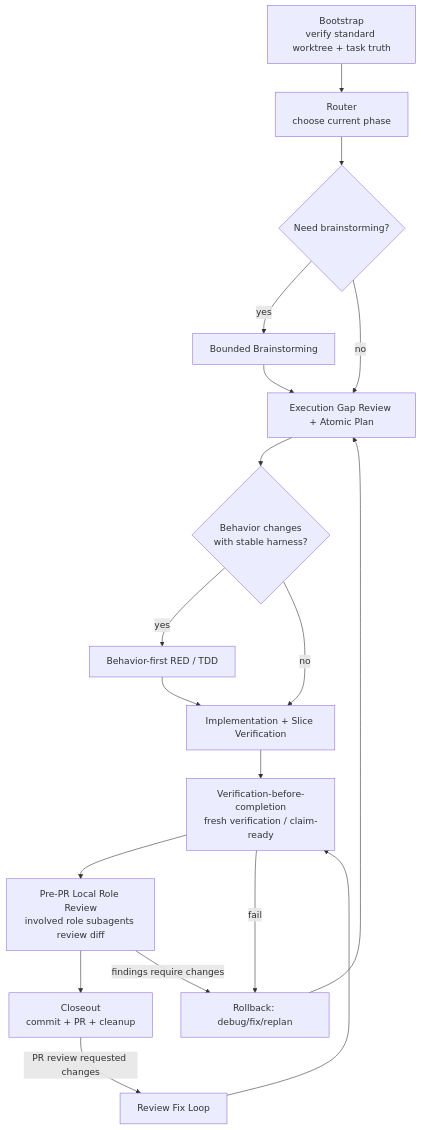
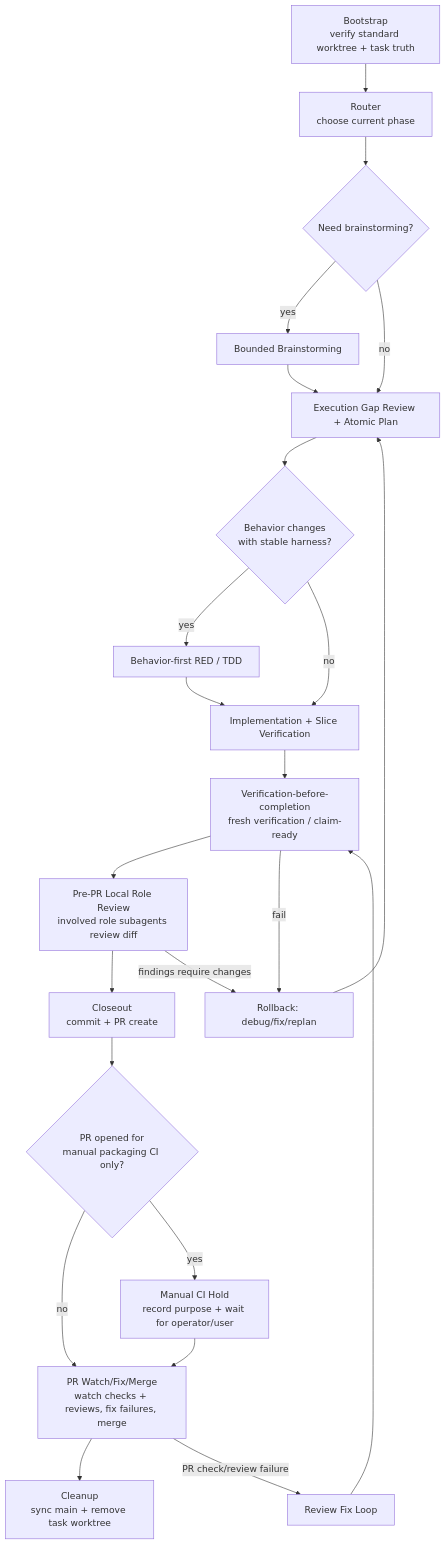
Before and after one commit to eng-cc/oasis7: the diagram in doc/engineering/workflow/source-of-truth.md, drawn with Mermaid. The commit also changed other lines of this file and 18 other files, not shown here.

Commit message:
Add post-PR CI watch merge workflow

````diff
--- a/doc/engineering/workflow/source-of-truth.md
+++ b/doc/engineering/workflow/source-of-truth.md
@@ -15,21 +15,26 @@
 ```mermaid
 flowchart TD
   A[Bootstrap\nverify standard worktree + task truth] --> B[Router\nchoose current phase]
   B --> C{Need brainstorming?}
   C -- yes --> D[Bounded Brainstorming]
   C -- no --> E
   D --> E[Execution Gap Review + Atomic Plan]
   E --> F{Behavior changes\nwith stable harness?}
   F -- yes --> G[Behavior-first RED / TDD]
   F -- no --> H
   G --> H[Implementation + Slice Verification]
   H --> I[Verification-before-completion\nfresh verification / claim-ready]
   I --> M[Pre-PR Local Role Review\ninvolved role subagents review diff]
-  M --> J[Closeout\ncommit + PR + cleanup]
+  M --> J[Closeout\ncommit + PR create]
+  J --> N{PR opened for\nmanual packaging CI only?}
+  N -- no --> O[PR Watch/Fix/Merge\nwatch checks + reviews, fix failures, merge]
+  N -- yes --> P[Manual CI Hold\nrecord purpose + wait for operator/user]
+  O --> Q[Cleanup\nsync main + remove task worktree]
+  P --> O
 
   I -->|fail| K[Rollback: debug/fix/replan]
   K --> E
   M -->|findings require changes| K
-  J -->|PR review requested changes| L[Review Fix Loop]
+  O -->|PR check/review failure| L[Review Fix Loop]
   L --> I
 ```
````
